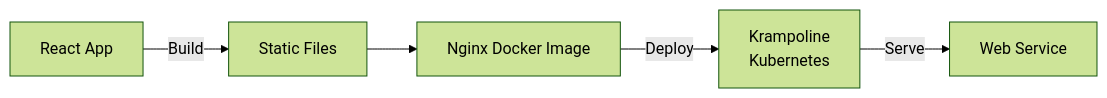
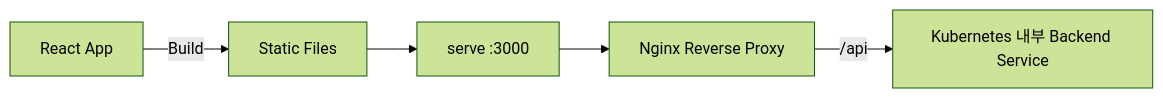
The second of 2 diagrams in README.md (minjuko/kakao-shopping-frontend), drawn with Mermaid (forest theme) before and after one commit. The commit also changed other lines of this file and 2 other files, not shown here.

````diff
--- a/README.md
+++ b/README.md
@@ -207,11 +207,11 @@
 ```mermaid
 flowchart LR
     A[React App]
     -->|Build| B[Static Files]
 
-    B --> C[Nginx Docker Image]
+    B --> C[serve :3000]
 
-    C -->|Deploy| D[Krampoline<br/>Kubernetes]
+    C --> D[Nginx Reverse Proxy]
 
-    D -->|Serve| E[Web Service]
+    D -->|/api| E[Kubernetes 내부 Backend Service]
 ```
````
